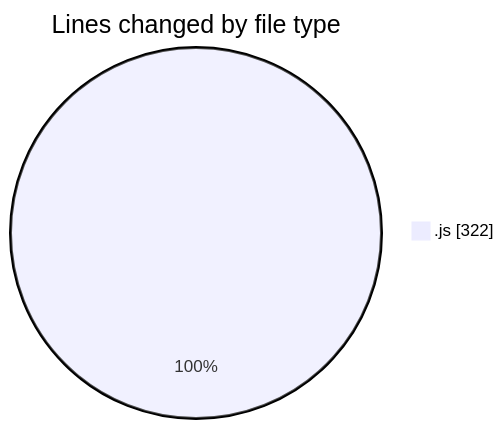
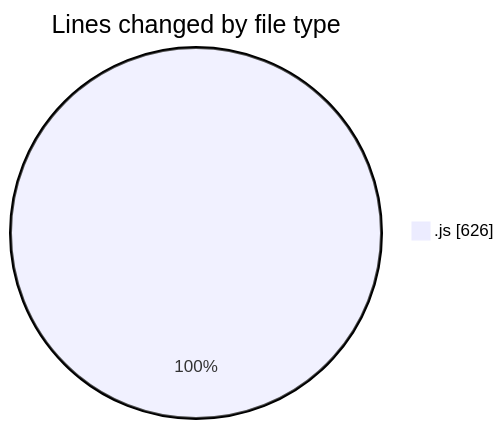
One commit to BS-eng2023/code-tracking changed the first of 2 diagrams in 2025-03-31/jsvms/README.md. Above: the diagram before and after it, drawn with Mermaid. The commit also changed other lines of this file and 1 other file, not shown here.

````diff
--- a/2025-03-31/jsvms/README.md
+++ b/2025-03-31/jsvms/README.md
@@ -23,5 +25,5 @@
 ```mermaid
 pie showData
 title Lines changed by file type
-".js" : 322
+".js" : 626
 ```
````
